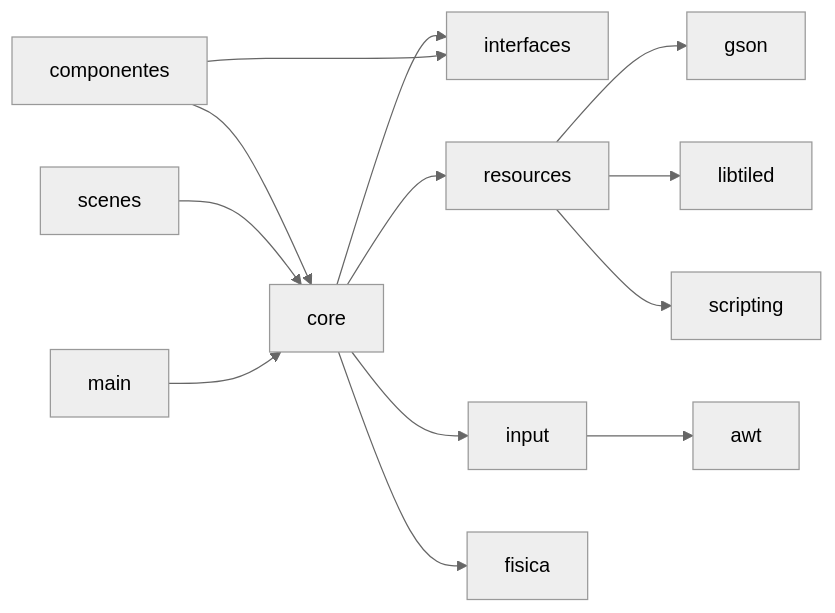
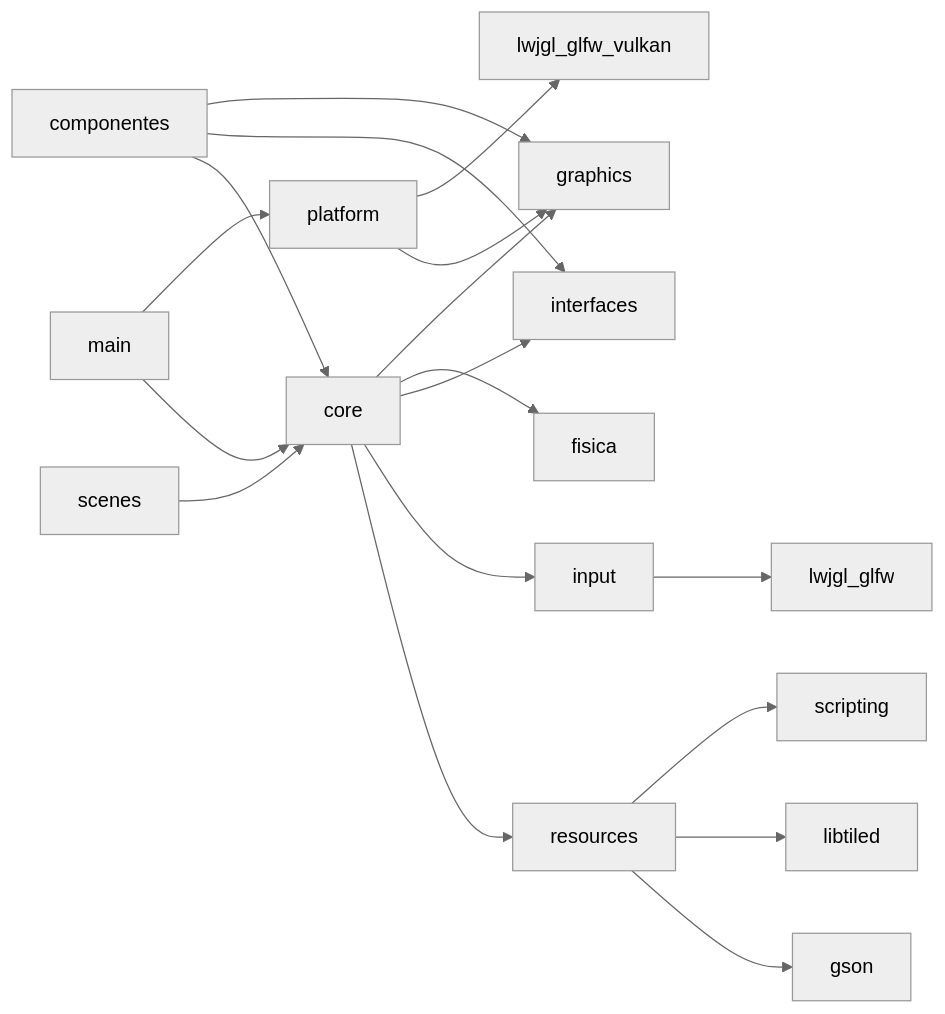
Before and after one commit to JunioDutra/enginefx: the third of 6 diagrams in Project_Architecture_Blueprint.md, drawn with Mermaid (neutral theme). The commit also changed other lines of this file and 1 other file, not shown here.

Commit message:
Update architecture documentation to reflect Vulkan backend integration and remove JavaFX references

````diff
--- a/Project_Architecture_Blueprint.md
+++ b/Project_Architecture_Blueprint.md
@@ -90,15 +105,20 @@
 ```mermaid
 flowchart LR
     main --> core
+    main --> platform
     scenes --> core
     componentes --> core
     componentes --> interfaces
-    input --> awt
+    componentes --> graphics
+    platform --> graphics
+    platform --> lwjgl_glfw_vulkan
+    input --> lwjgl_glfw
     core --> resources
     core --> input
     core --> interfaces
     core --> fisica
+    core --> graphics
     resources --> gson
     resources --> libtiled
     resources --> scripting
 ```
````
